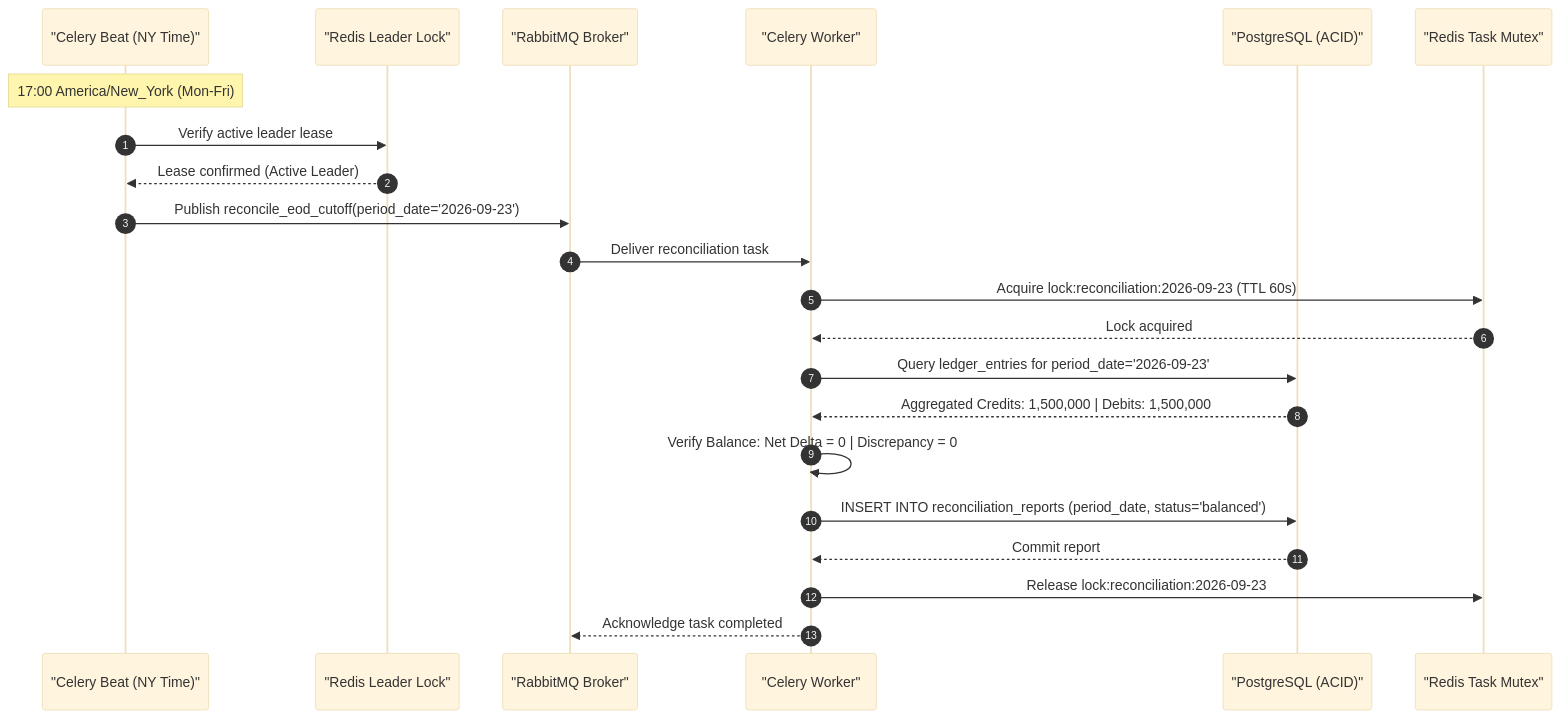
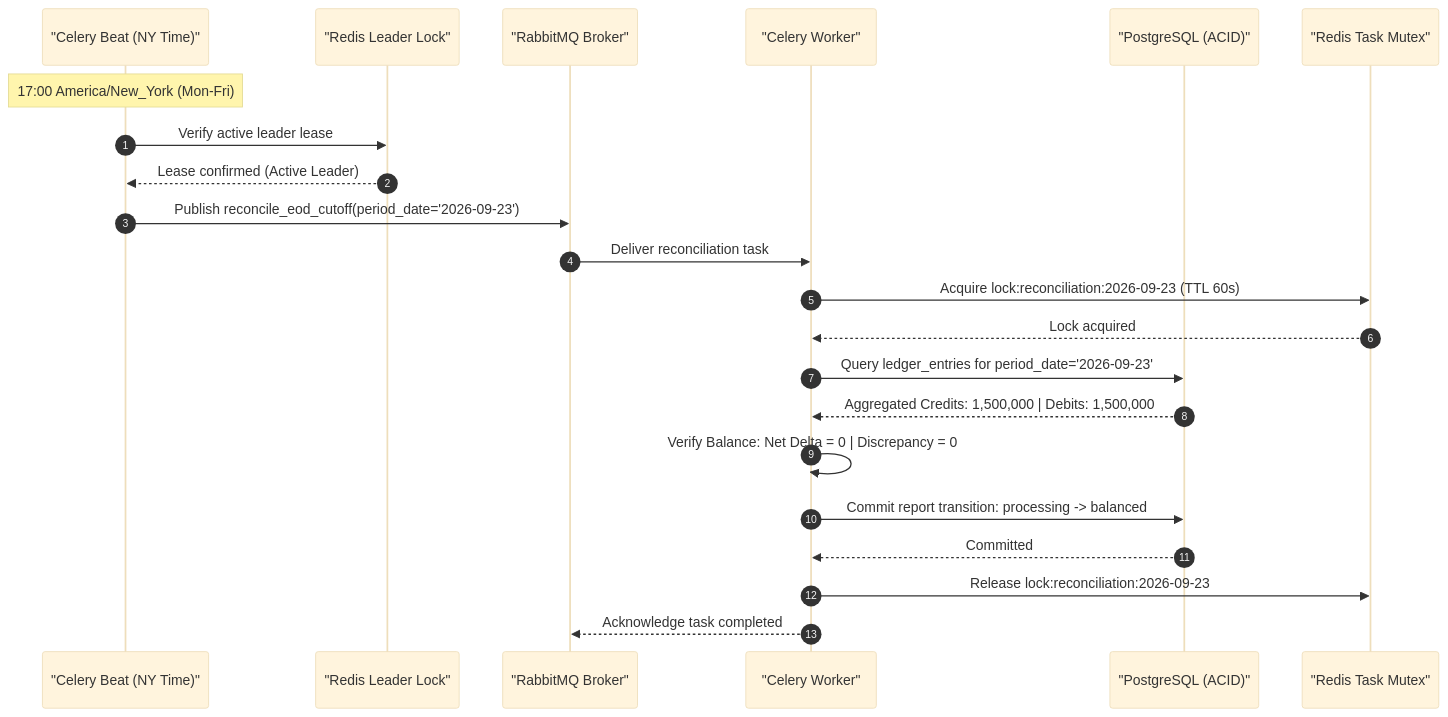
The fourth of 8 diagrams in Celery/2_Advanced_Celery_Topics/04_scheduling/README.md (Santiagus/Python), drawn with Mermaid (base theme) before and after one commit. The commit also changed other lines of this file and 1 other file, not shown here.

First line of the commit message:
docs(04_scheduling): document 8-phase end-of-day financial reconciliation lifecycle

````diff
--- a/Celery/2_Advanced_Celery_Topics/04_scheduling/README.md
+++ b/Celery/2_Advanced_Celery_Topics/04_scheduling/README.md
@@ -162,29 +178,29 @@
 ```mermaid
 sequenceDiagram
     autonumber
     participant Beat as "Celery Beat (NY Time)"
     participant R_Lock as "Redis Leader Lock"
     participant Broker as "RabbitMQ Broker"
     participant Worker as "Celery Worker"
     participant DB as "PostgreSQL (ACID)"
     participant R_Task as "Redis Task Mutex"
 
     Note over Beat: 17:00 America/New_York (Mon-Fri)
     Beat->>R_Lock: Verify active leader lease
     R_Lock-->>Beat: Lease confirmed (Active Leader)
     Beat->>Broker: Publish reconcile_eod_cutoff(period_date='2026-09-23')
     Broker->>Worker: Deliver reconciliation task
 
     Worker->>R_Task: Acquire lock:reconciliation:2026-09-23 (TTL 60s)
     R_Task-->>Worker: Lock acquired
 
     Worker->>DB: Query ledger_entries for period_date='2026-09-23'
     DB-->>Worker: Aggregated Credits: 1,500,000 | Debits: 1,500,000
 
     Worker->>Worker: Verify Balance: Net Delta = 0 | Discrepancy = 0
-    Worker->>DB: INSERT INTO reconciliation_reports (period_date, status='balanced')
-    DB-->>Worker: Commit report
+    Worker->>DB: Commit report transition: processing -> balanced
+    DB-->>Worker: Committed
 
     Worker->>R_Task: Release lock:reconciliation:2026-09-23
     Worker-->>Broker: Acknowledge task completed
 ```
````
